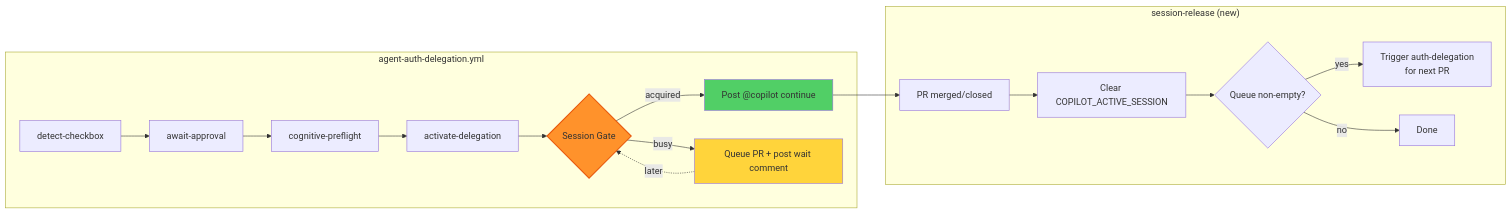
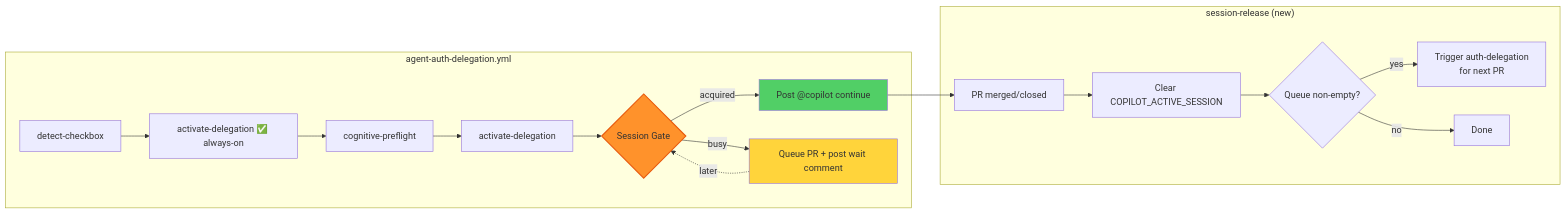
Before and after one commit to Aries-Serpent/_codex_: the eighth of 23 diagrams in docs/plans/AUTONOMOUS_SELF_HEALING_PROPOSAL_S182.md, drawn with Mermaid. The commit also changed 8 other files, not shown here.

First line of the commit message:
feat: mandatory session preload in copilot-setup-steps; fix checkout@v5; update stale Mermaid auth diagrams

````diff
--- a/docs/plans/AUTONOMOUS_SELF_HEALING_PROPOSAL_S182.md
+++ b/docs/plans/AUTONOMOUS_SELF_HEALING_PROPOSAL_S182.md
@@ -310,25 +310,25 @@
 ```mermaid
 flowchart LR
     subgraph "agent-auth-delegation.yml"
-        A[detect-checkbox] --> B[await-approval]
+        A[detect-checkbox] --> B[activate-delegation ✅ always-on]
         B --> C[cognitive-preflight]
         C --> D[activate-delegation]
         D --> E{Session Gate}
         E -->|acquired| F["Post @copilot continue"]
         E -->|busy| G[Queue PR + post wait comment]
     end
 
     subgraph "session-release (new)"
         H[PR merged/closed] --> I[Clear COPILOT_ACTIVE_SESSION]
         I --> J{Queue non-empty?}
         J -->|yes| K["Trigger auth-delegation<br/>for next PR"]
         J -->|no| L[Done]
     end
 
     F --> H
     G -.->|later| E
 
     style E fill:#ff922b,stroke:#e8590c,stroke-width:2px
     style F fill:#51cf66
     style G fill:#ffd43b
 ```
````
